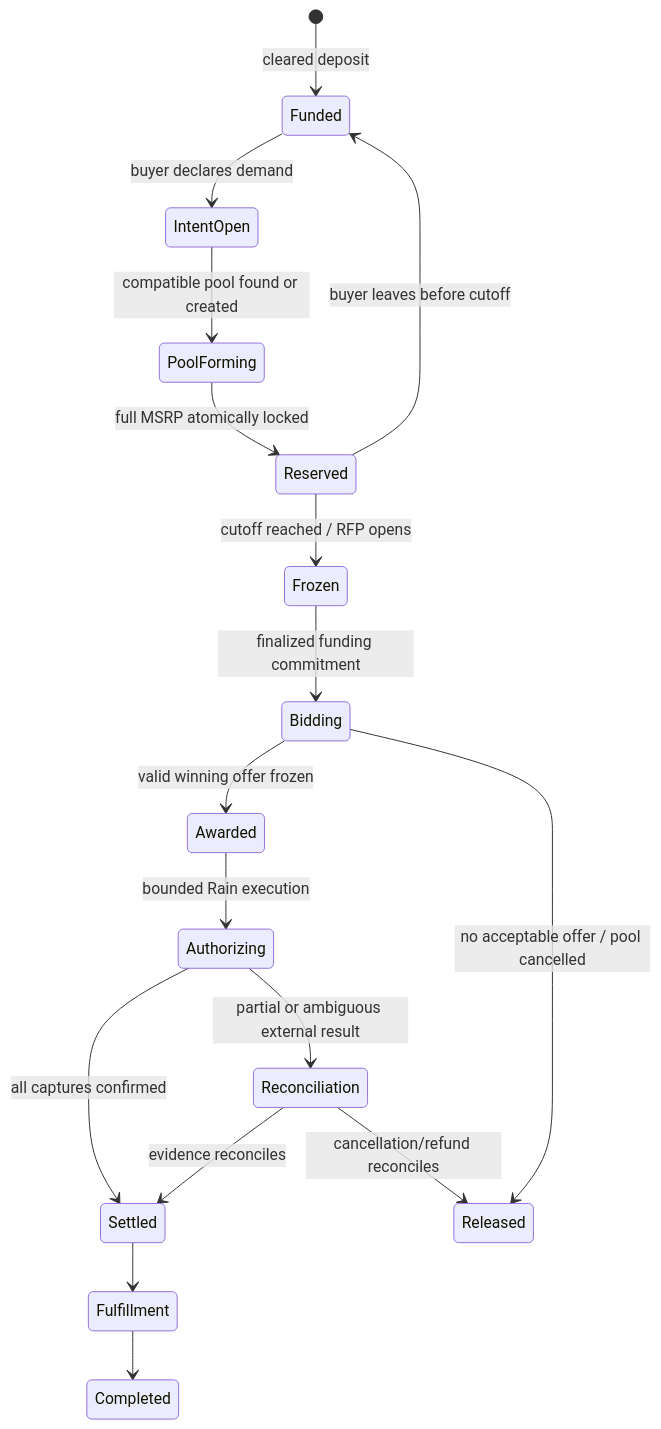
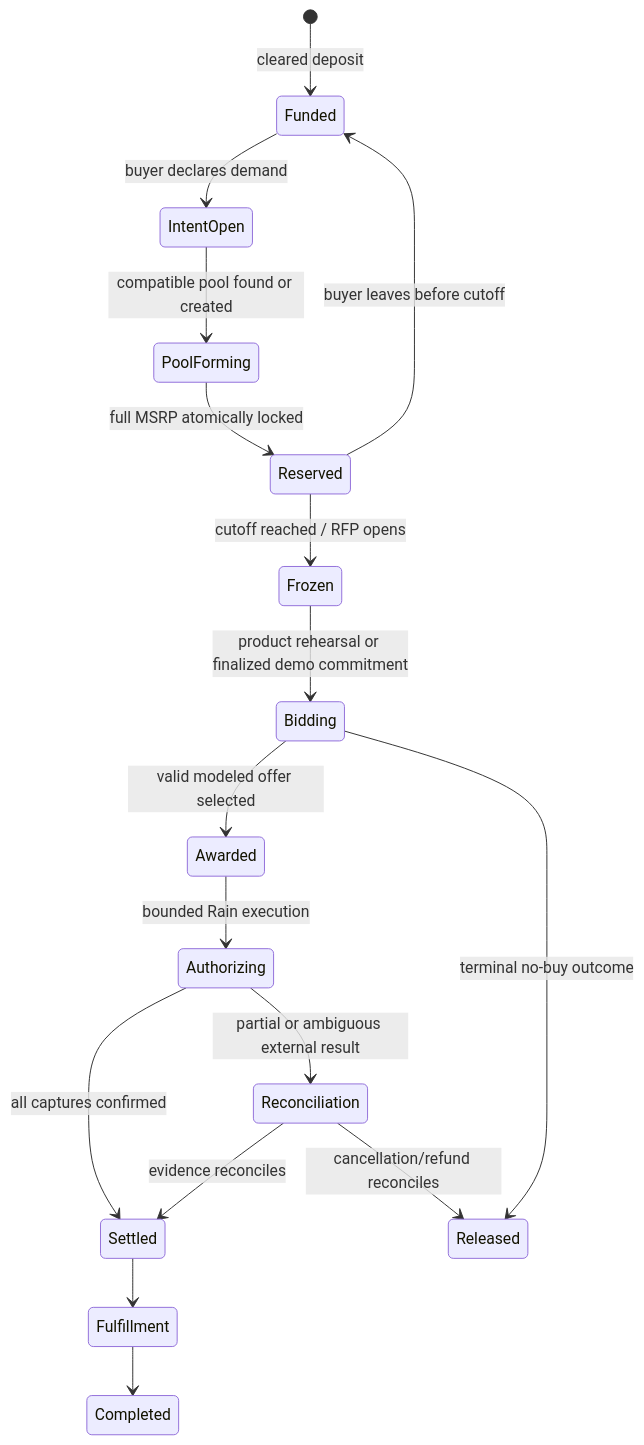
Before and after one commit to inevident/Pool: the first of 2 diagrams in handoff.md, drawn with Mermaid. The commit also changed other lines of this file and 51 other files, not shown here.

Commit message:
feat: harden product rehearsal and hackathon proof

````diff
--- a/handoff.md
+++ b/handoff.md
@@ -245,19 +254,19 @@
 ```mermaid
 stateDiagram-v2
     [*] --> Funded: cleared deposit
     Funded --> IntentOpen: buyer declares demand
     IntentOpen --> PoolForming: compatible pool found or created
     PoolForming --> Reserved: full MSRP atomically locked
     Reserved --> Funded: buyer leaves before cutoff
     Reserved --> Frozen: cutoff reached / RFP opens
-    Frozen --> Bidding: finalized funding commitment
-    Bidding --> Awarded: valid winning offer frozen
-    Bidding --> Released: no acceptable offer / pool cancelled
+    Frozen --> Bidding: product rehearsal or finalized demo commitment
+    Bidding --> Awarded: valid modeled offer selected
+    Bidding --> Released: terminal no-buy outcome
     Awarded --> Authorizing: bounded Rain execution
     Authorizing --> Settled: all captures confirmed
     Authorizing --> Reconciliation: partial or ambiguous external result
     Settled --> Fulfillment
     Fulfillment --> Completed
     Reconciliation --> Settled: evidence reconciles
     Reconciliation --> Released: cancellation/refund reconciles
 ```
````
